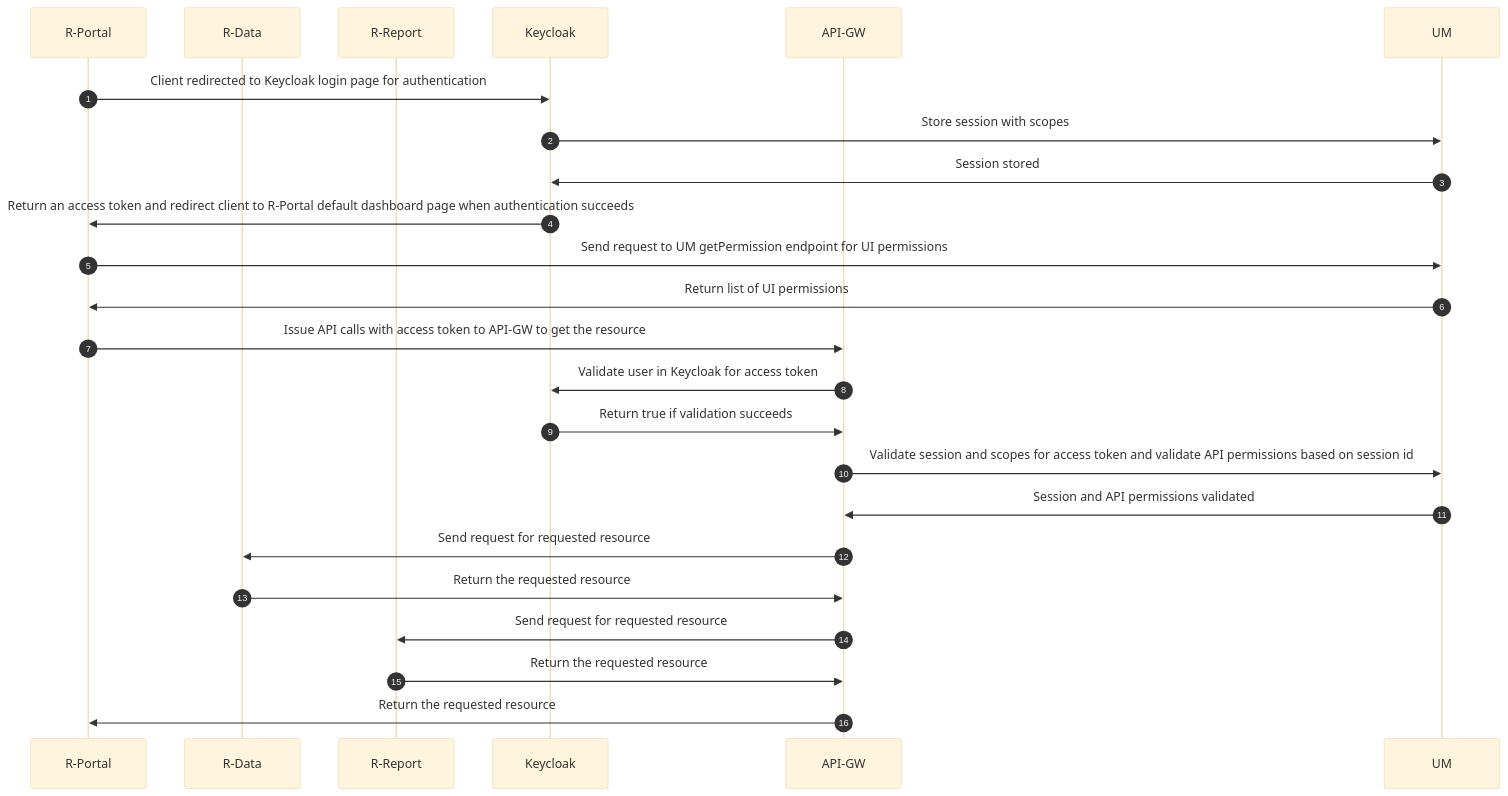
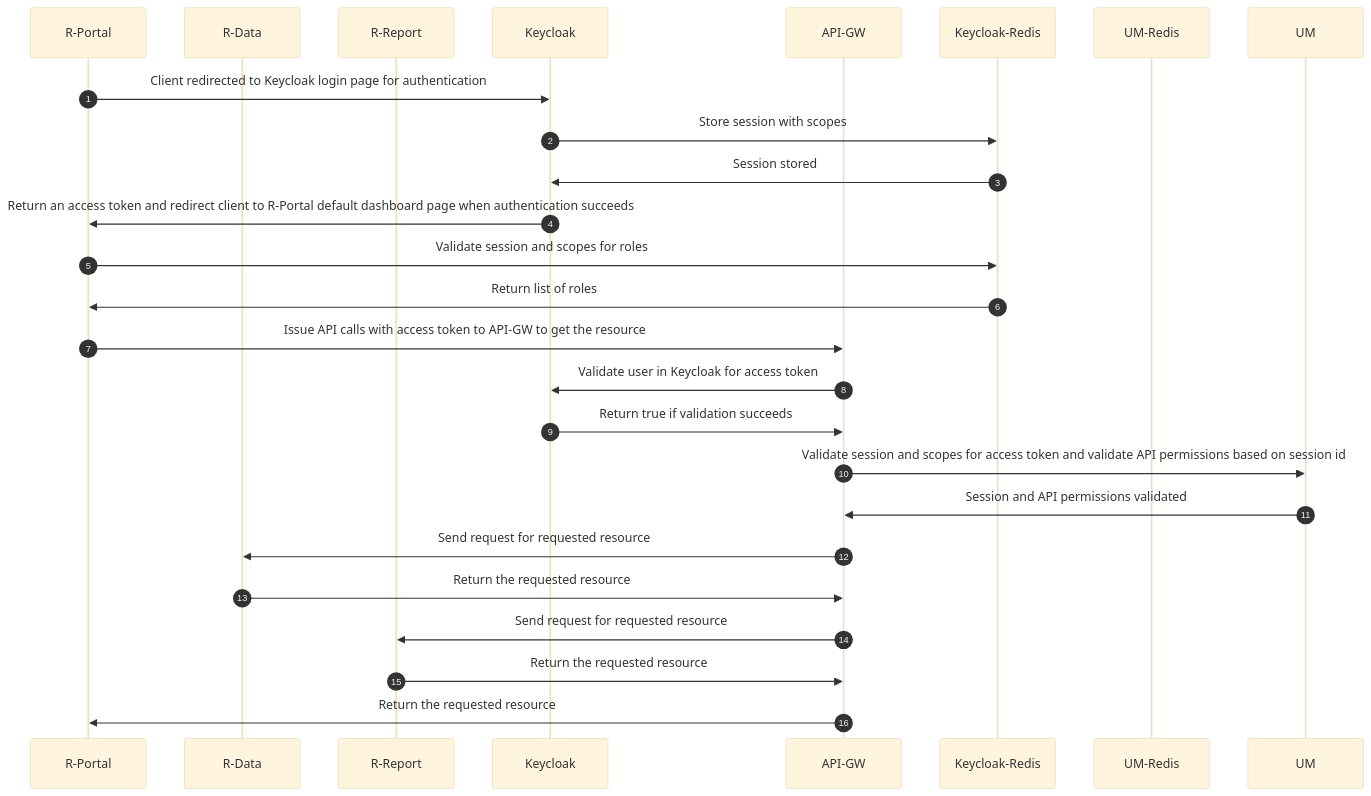
One commit to jayrzhang/R-Auth changed the fourth of 4 diagrams in R-Auth.md. Above: the diagram before and after it, drawn with Mermaid (base theme).

````diff
--- a/R-Auth.md
+++ b/R-Auth.md
@@ -91,26 +91,27 @@
 ``` mermaid
     sequenceDiagram
     autonumber
     participant R-Portal
     participant R-Data
     participant R-Report
     participant Keycloak
     participant API-GW
-    participant UM
+    participant Keycloak-Redis
+    participant UM-Redis
     R-Portal->>Keycloak: Client redirected to Keycloak login page for authentication
-    Keycloak->>UM: Store session with scopes
-    UM->>Keycloak: Session stored
+    Keycloak->>Keycloak-Redis: Store session with scopes
+    Keycloak-Redis->>Keycloak: Session stored
     Keycloak->>R-Portal: Return an access token and redirect client to R-Portal default dashboard page when authentication succeeds
-    R-Portal->>UM: Send request to UM getPermission endpoint for UI permissions
-    UM->>R-Portal: Return list of UI permissions
+    R-Portal->>Keycloak-Redis: Validate session and scopes for roles
+    Keycloak-Redis->>R-Portal: Return list of roles
     R-Portal->>API-GW: Issue API calls with access token to API-GW to get the resource
     API-GW->>Keycloak: Validate user in Keycloak for access token
     Keycloak->>API-GW: Return true if validation succeeds
     API-GW->>UM: Validate session and scopes for access token and validate API permissions based on session id
     UM->>API-GW: Session and API permissions validated
     API-GW->>R-Data: Send request for requested resource
     R-Data->>API-GW: Return the requested resource
     API-GW->>R-Report: Send request for requested resource
     R-Report->>API-GW: Return the requested resource
     API-GW->>R-Portal: Return the requested resource
 ```
````
